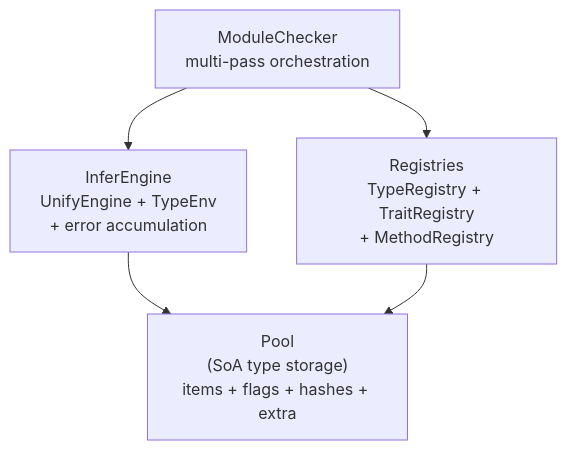
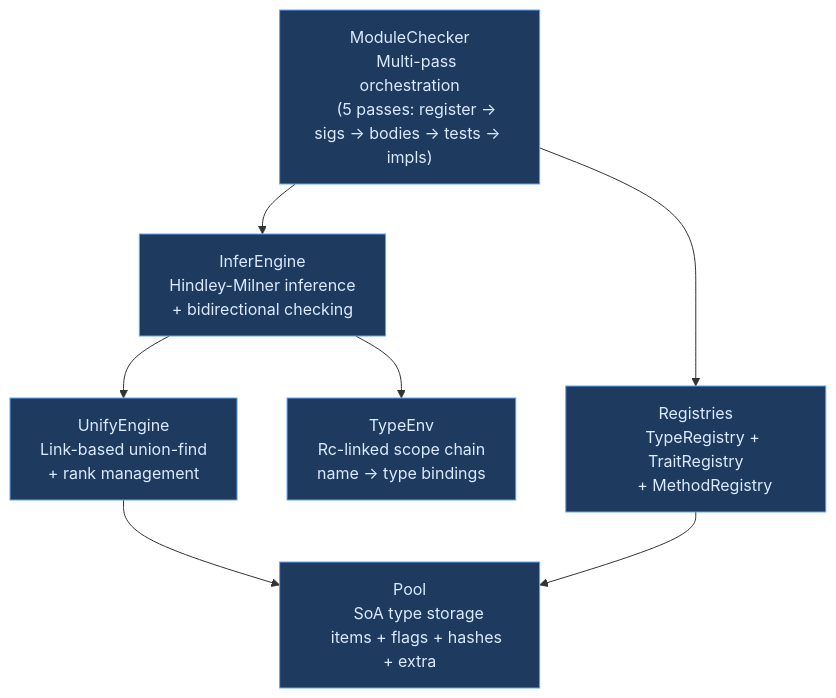
One commit to upstat-io/ori-lang changed the first of 2 diagrams in docs/compiler/design/05-type-system/index.md. Above: the diagram before and after it, drawn with Mermaid. The commit also changed other lines of this file and 152 other files, not shown here.

````diff
--- a/docs/compiler/design/05-type-system/index.md
+++ b/docs/compiler/design/05-type-system/index.md
@@ -72,19 +91,31 @@
 ```mermaid
 flowchart TB
+    checker["ModuleChecker
+    Multi-pass orchestration
+    (5 passes: register → sigs → bodies → tests → impls)"]
+    infer["InferEngine
+    Hindley-Milner inference
+    + bidirectional checking"]
+    unify["UnifyEngine
+    Link-based union-find
+    + rank management"]
+    registries["Registries
+    TypeRegistry + TraitRegistry
+    + MethodRegistry"]
     pool["Pool
-(SoA type storage)
-items + flags + hashes + extra"]
-    registries["Registries
-TypeRegistry + TraitRegistry
-+ MethodRegistry"]
-    infer["InferEngine
-UnifyEngine + TypeEnv
-+ error accumulation"]
-    checker["ModuleChecker
-multi-pass orchestration"]
+    SoA type storage
+    items + flags + hashes + extra"]
+    env["TypeEnv
+    Rc-linked scope chain
+    name → type bindings"]
 
     checker --> infer
     checker --> registries
-    infer --> pool
+    infer --> unify
+    infer --> env
+    unify --> pool
     registries --> pool
+
+    classDef frontend fill:#1e3a5f,stroke:#60a5fa,color:#dbeafe
+    class checker,infer,unify,registries,pool,env frontend
 ```
````
